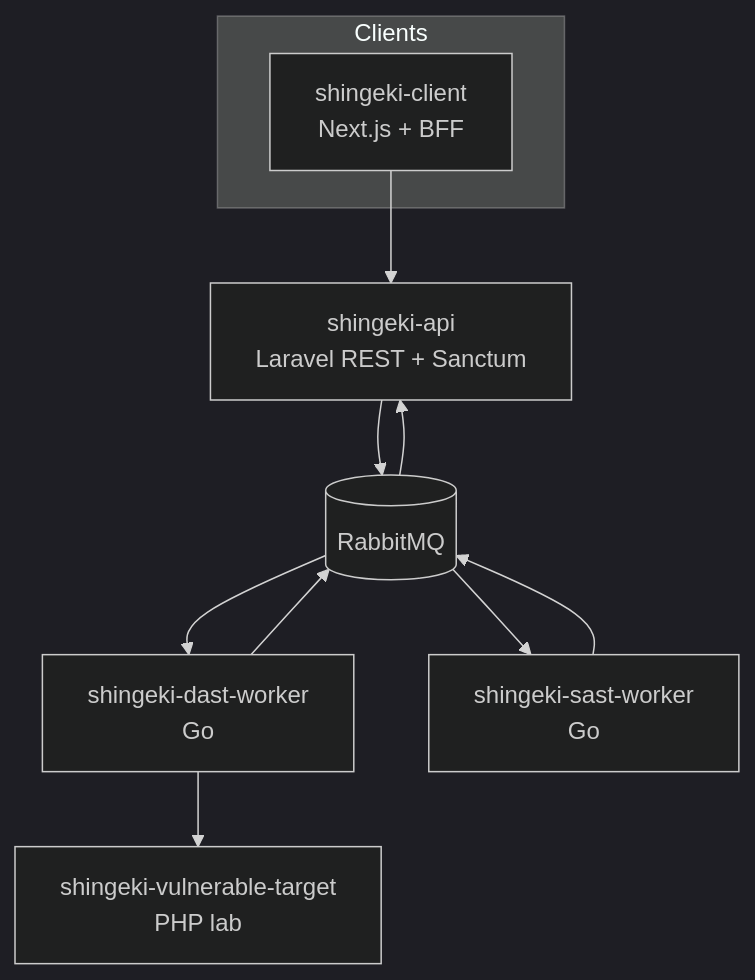
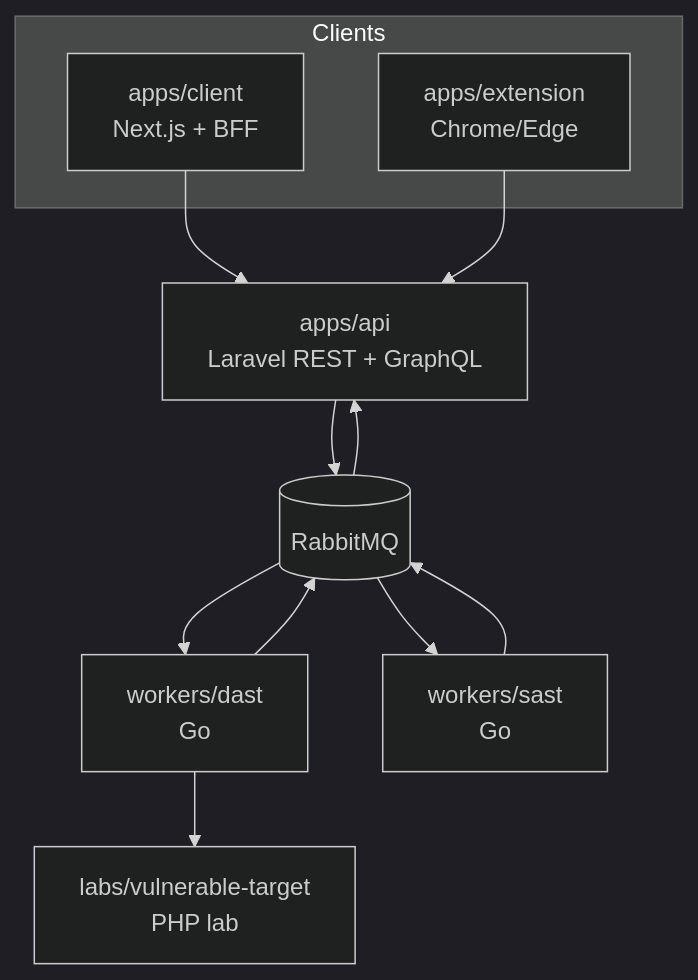
The diagram in docs/ARCHITECTURE.md (AllanCordova/shingeki), drawn with Mermaid (dark theme) before and after one commit. The commit also changed other lines of this file and 972 other files, not shown here.

First line of the commit message:
refactor: move packages to apps, workers, and labs

````diff
--- a/docs/ARCHITECTURE.md
+++ b/docs/ARCHITECTURE.md
@@ -7,19 +9,21 @@
 ```mermaid
 flowchart TB
   subgraph clients [Clients]
-    Web[shingeki-client\nNext.js + BFF]
+    Web["apps/client\nNext.js + BFF"]
+    Ext["apps/extension\nChrome/Edge"]
   end
-  API[shingeki-api\nLaravel REST + Sanctum]
+  API["apps/api\nLaravel REST + GraphQL"]
   Queue[(RabbitMQ)]
-  DastWorker[shingeki-dast-worker\nGo]
-  SastWorker[shingeki-sast-worker\nGo]
-  Target[shingeki-vulnerable-target\nPHP lab]
+  DastWorker["workers/dast\nGo"]
+  SastWorker["workers/sast\nGo"]
+  Target["labs/vulnerable-target\nPHP lab"]
   Web --> API
+  Ext --> API
   API --> Queue
   Queue --> DastWorker
   Queue --> SastWorker
   DastWorker --> Target
   DastWorker --> Queue
   SastWorker --> Queue
   Queue --> API
 ```
````
